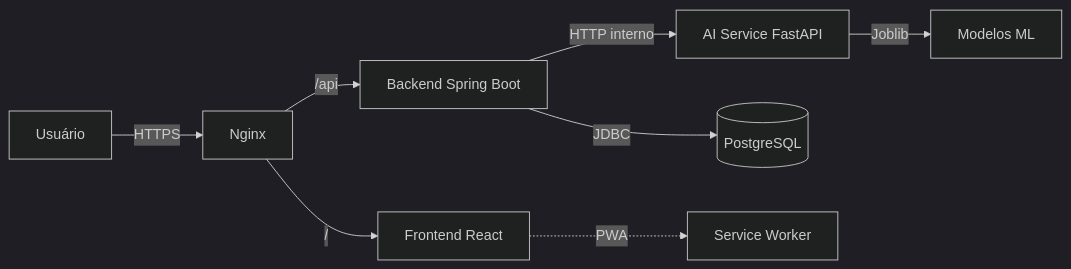
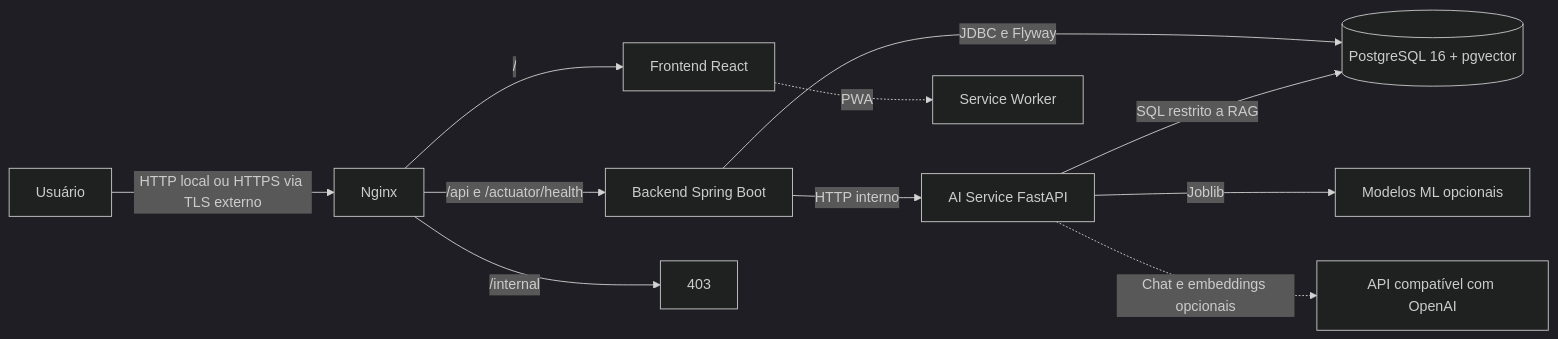
The diagram in docs/diagrams/architecture.mmd (No-Country-simulation/G9-BR-Team-17-FinVise), drawn with Mermaid (dark theme) before and after one commit. The commit also changed 26 other files, not shown here.

```diff
--- a/docs/diagrams/architecture.mmd
+++ b/docs/diagrams/architecture.mmd
@@ -1,8 +1,11 @@
 graph LR
-    U[Usuário] -->|HTTPS| N[Nginx]
+    U[Usuário] -->|HTTP local ou HTTPS via TLS externo| N[Nginx]
     N -->|/| F[Frontend React]
-    N -->|/api| B[Backend Spring Boot]
+    N -->|/api e /actuator/health| B[Backend Spring Boot]
+    N -->|/internal| X[403]
     B -->|HTTP interno| A[AI Service FastAPI]
-    B -->|JDBC| P[(PostgreSQL)]
-    A -->|Joblib| M[Modelos ML]
+    B -->|JDBC e Flyway| P[(PostgreSQL 16 + pgvector)]
+    A -->|SQL restrito a RAG| P
+    A -->|Joblib| M[Modelos ML opcionais]
+    A -.->|Chat e embeddings opcionais| L[API compatível com OpenAI]
     F -.->|PWA| C[Service Worker]
```
